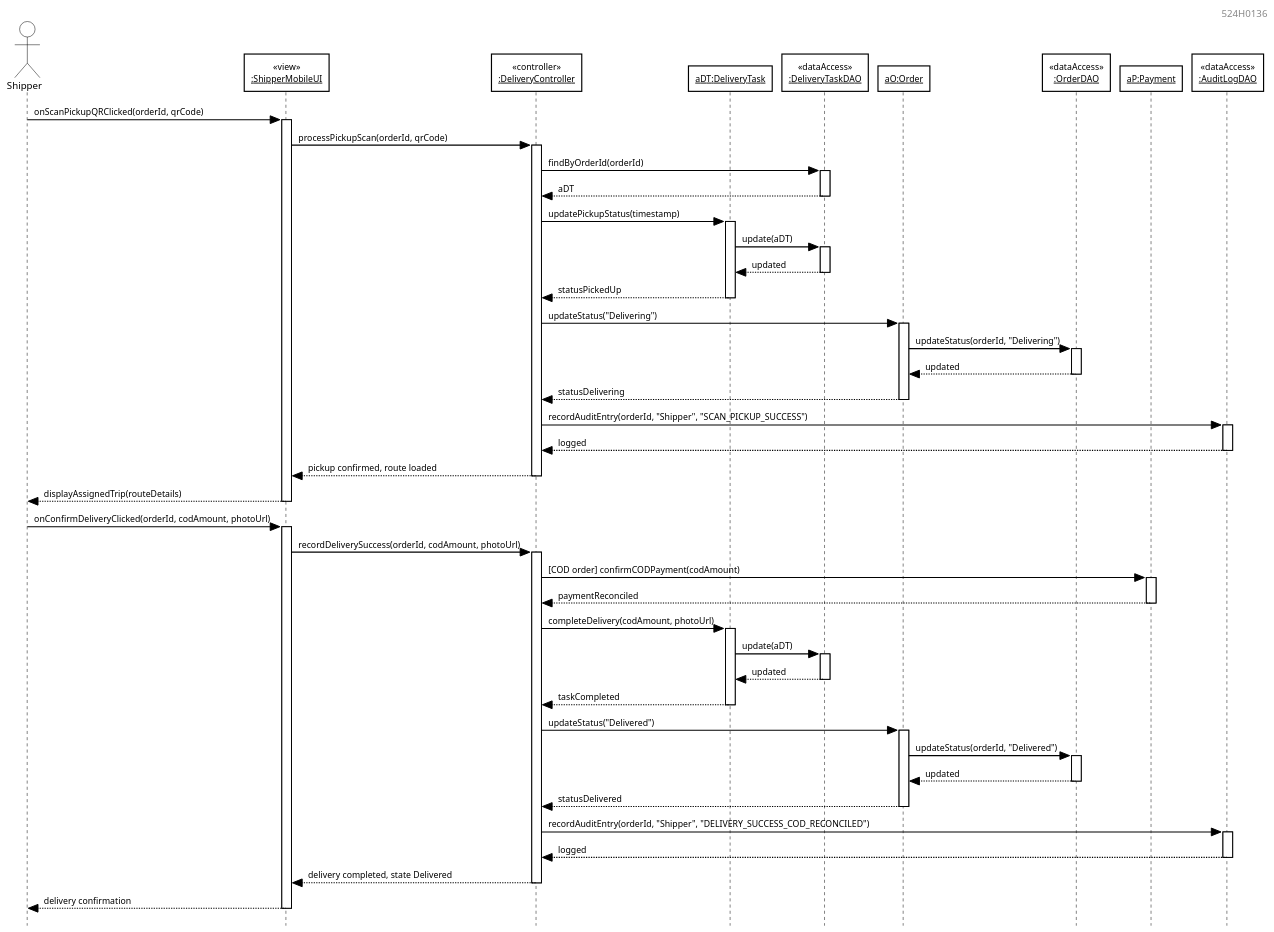
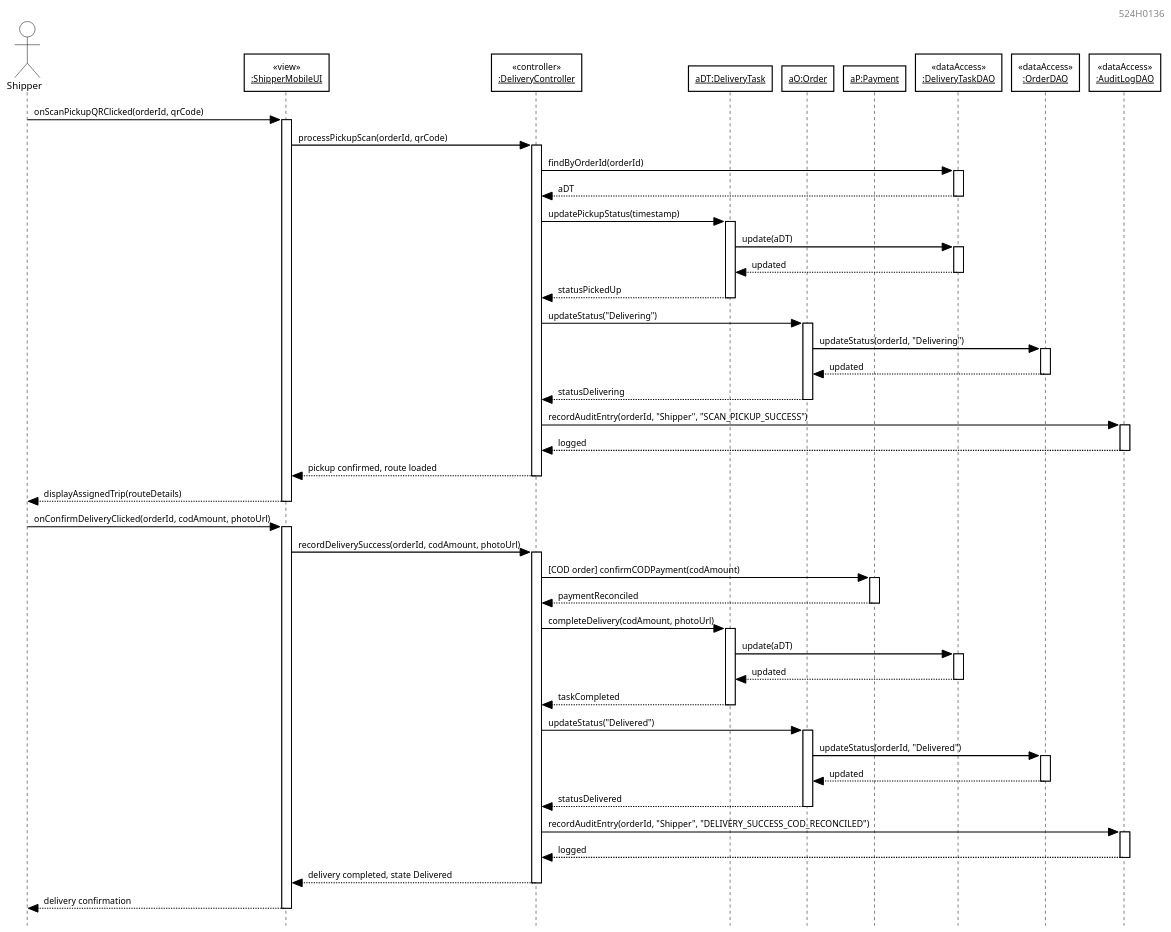
One commit to DoQuocTrung06/SaigonBite-RAD-TeamF10 changed the diagram in Part_3/models/UC10_Modified_Sequence_Diagram.puml. Above: the diagram before and after it, drawn with PlantUML. The commit also changed other lines of this file and 19 other files, not shown here.

Commit message:
feat(part3): finalize Satzinger-compliant diagrams, separate UC3/UC14 UI wireframes, and sync report/slides (524H0031)

```diff
--- a/Part_3/models/UC10_Modified_Sequence_Diagram.puml
+++ b/Part_3/models/UC10_Modified_Sequence_Diagram.puml
@@ -1,104 +1,104 @@
 @startuml
 skinparam style strictuml
 skinparam monochrome true
 skinparam shadowing false
 skinparam backgroundColor #FFFFFF
 skinparam defaultFontName Arial
 skinparam defaultFontSize 10
 skinparam roundcorner 0
 skinparam dpi 150
 hide footbox
 
 skinparam SequenceLifeLineBorderColor #000000
 skinparam SequenceLifeLineBackgroundColor #FFFFFF
 skinparam ParticipantBackgroundColor #FFFFFF
 skinparam ParticipantBorderColor #000000
 skinparam ParticipantBorderThickness 1.2
 skinparam ParticipantFontColor #000000
 skinparam ParticipantFontSize 9
 skinparam ActorBackgroundColor #FFFFFF
 skinparam ActorBorderColor #000000
 skinparam ActorFontColor #000000
 skinparam ArrowColor #000000
 skinparam ArrowThickness 1.1
 skinparam ArrowFontColor #000000
 skinparam ArrowFontSize 9
 
 right header 524H0136
 
 actor "Shipper" as Shipper
 participant "<<view>>\n__:ShipperMobileUI__" as UI
 participant "<<controller>>\n__:DeliveryController__" as Ctrl
 participant "__aDT:DeliveryTask__" as Task
+participant "__aO:Order__" as Ord
+participant "__aP:Payment__" as Pay
 participant "<<dataAccess>>\n__:DeliveryTaskDAO__" as TaskDAO
-participant "__aO:Order__" as Ord
 participant "<<dataAccess>>\n__:OrderDAO__" as OrderDAO
-participant "__aP:Payment__" as Pay
 participant "<<dataAccess>>\n__:AuditLogDAO__" as AuditDAO
 
 Shipper -> UI: onScanPickupQRClicked(orderId, qrCode)
 activate UI
 UI -> Ctrl: processPickupScan(orderId, qrCode)
 activate Ctrl
 Ctrl -> TaskDAO: findByOrderId(orderId)
 activate TaskDAO
 TaskDAO --> Ctrl: aDT
 deactivate TaskDAO
 Ctrl -> Task: updatePickupStatus(timestamp)
 activate Task
 Task -> TaskDAO: update(aDT)
 activate TaskDAO
 TaskDAO --> Task: updated
 deactivate TaskDAO
 Task --> Ctrl: statusPickedUp
 deactivate Task
 Ctrl -> Ord: updateStatus("Delivering")
 activate Ord
 Ord -> OrderDAO: updateStatus(orderId, "Delivering")
 activate OrderDAO
 OrderDAO --> Ord: updated
 deactivate OrderDAO
 Ord --> Ctrl: statusDelivering
 deactivate Ord
 Ctrl -> AuditDAO: recordAuditEntry(orderId, "Shipper", "SCAN_PICKUP_SUCCESS")
 activate AuditDAO
 AuditDAO --> Ctrl: logged
 deactivate AuditDAO
 Ctrl --> UI: pickup confirmed, route loaded
 deactivate Ctrl
 UI --> Shipper: displayAssignedTrip(routeDetails)
 deactivate UI
 
 Shipper -> UI: onConfirmDeliveryClicked(orderId, codAmount, photoUrl)
 activate UI
 UI -> Ctrl: recordDeliverySuccess(orderId, codAmount, photoUrl)
 activate Ctrl
 Ctrl -> Pay: [COD order] confirmCODPayment(codAmount)
 activate Pay
 Pay --> Ctrl: paymentReconciled
 deactivate Pay
 Ctrl -> Task: completeDelivery(codAmount, photoUrl)
 activate Task
 Task -> TaskDAO: update(aDT)
 activate TaskDAO
 TaskDAO --> Task: updated
 deactivate TaskDAO
 Task --> Ctrl: taskCompleted
 deactivate Task
 Ctrl -> Ord: updateStatus("Delivered")
 activate Ord
 Ord -> OrderDAO: updateStatus(orderId, "Delivered")
 activate OrderDAO
 OrderDAO --> Ord: updated
 deactivate OrderDAO
 Ord --> Ctrl: statusDelivered
 deactivate Ord
 Ctrl -> AuditDAO: recordAuditEntry(orderId, "Shipper", "DELIVERY_SUCCESS_COD_RECONCILED")
 activate AuditDAO
 AuditDAO --> Ctrl: logged
 deactivate AuditDAO
 Ctrl --> UI: delivery completed, state Delivered
 deactivate Ctrl
 UI --> Shipper: delivery confirmation
 deactivate UI
 @enduml
```
